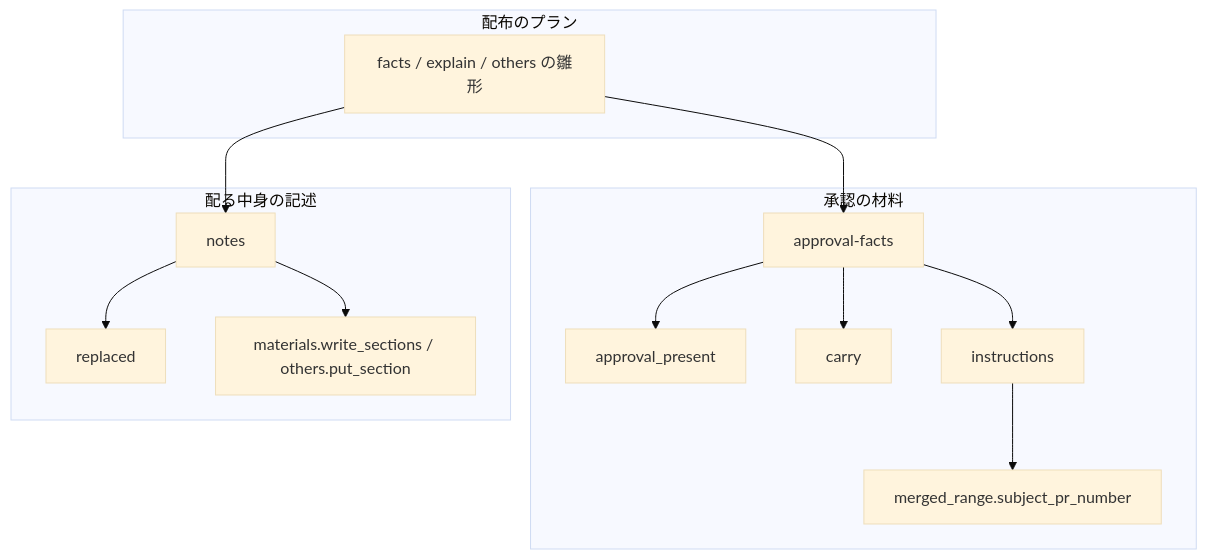
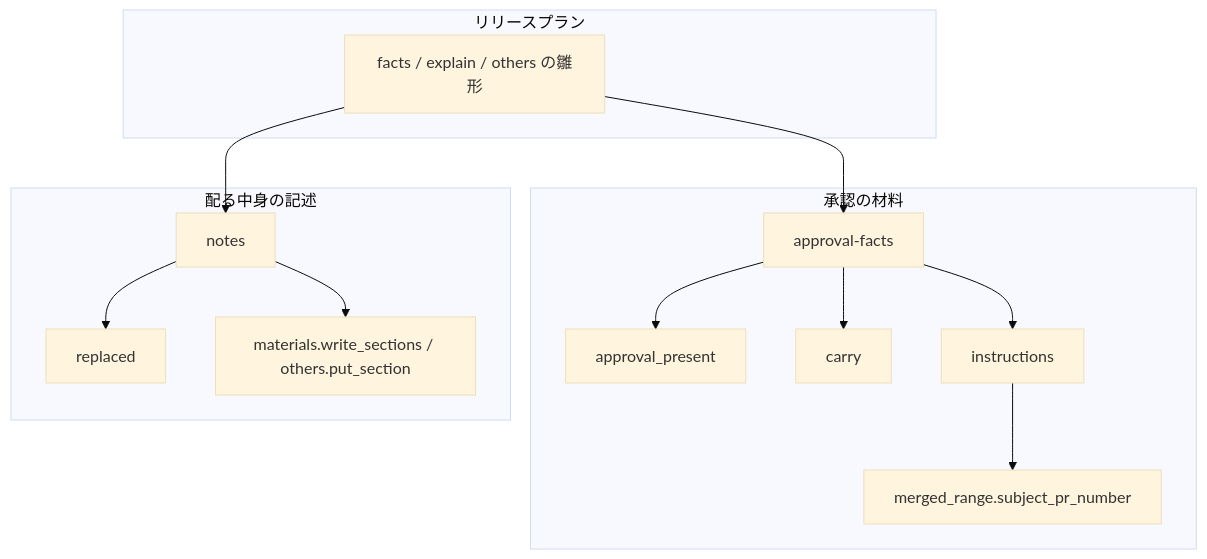
Before and after one commit to devbasex/ai-plugins: the first of 2 diagrams in docs/specifications/ndf-release-approval-rebuild-and-replacements.md, drawn with Mermaid (base theme). The commit also changed other lines of this file and 79 other files, not shown here.

````diff
--- a/docs/specifications/ndf-release-approval-rebuild-and-replacements.md
+++ b/docs/specifications/ndf-release-approval-rebuild-and-replacements.md
@@ -117,26 +117,26 @@
 ```mermaid
 graph TD
-    subgraph 配布のプラン
+    subgraph リリースプラン
         T[facts / explain / others の雛形]
     end
     subgraph 承認の材料
         AF[approval-facts]
         AP[approval_present]
         CA[carry]
         IN[instructions]
         MR[merged_range.subject_pr_number]
     end
     subgraph 配る中身の記述
         NO[notes]
         RP[replaced]
         PS[materials.write_sections / others.put_section]
     end
     T --> AF
     T --> NO
     AF --> AP
     AF --> CA
     AF --> IN
     IN --> MR
     NO --> RP
     NO --> PS
 ```
````
